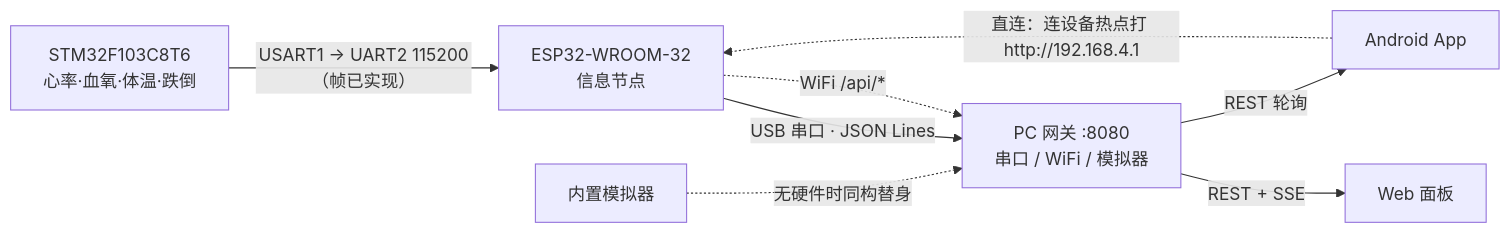
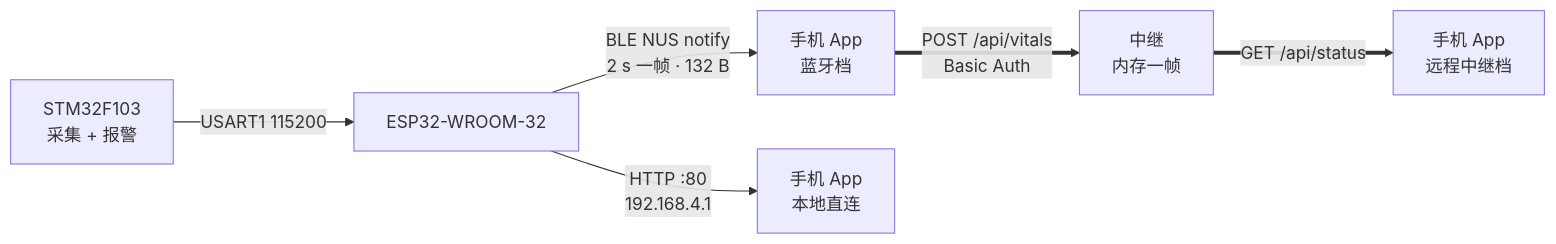
Before and after one commit to PandaGuGu/stm32-health-monitor: the second of 2 diagrams in README.md, drawn with Mermaid. The commit also changed other lines of this file and 2 other files, not shown here.

````diff
--- a/README.md
+++ b/README.md
@@ -107,17 +121,10 @@
 ```mermaid
 flowchart LR
-    STM32["STM32F103C8T6<br/>心率·血氧·体温·跌倒"]
-    ESP32["ESP32-WROOM-32<br/>信息节点"]
-    GW["PC 网关 :8080<br/>串口 / WiFi / 模拟器"]
-    WEB["Web 面板"]
-    APP["Android App"]
-    MOCK["内置模拟器"]
+    STM["STM32F103<br/>采集 + 报警"] -->|"USART1 115200"| ESP["ESP32-WROOM-32"]
 
-    STM32 -- "USART1 → UART2 115200（帧已实现）" --> ESP32
-    ESP32 -- "USB 串口 · JSON Lines" --> GW
-    ESP32 -. "WiFi /api/*" .-> GW
-    MOCK -. "无硬件时同构替身" .-> GW
-    GW -- "REST + SSE" --> WEB
-    GW -- "REST 轮询" --> APP
-    APP -. "直连：连设备热点打 http://192.168.4.1" .-> ESP32
+    ESP -->|"BLE NUS notify<br/>2 s 一帧 · 132 B"| APP1["手机 App<br/>蓝牙档"]
+    ESP -->|"HTTP :80<br/>192.168.4.1"| APP2["手机 App<br/>本地直连"]
+
+    APP1 ==>|"POST /api/vitals<br/>Basic Auth"| REL["中继<br/>内存一帧"]
+    REL ==>|"GET /api/status"| APP3["手机 App<br/>远程中继档"]
 ```
````
